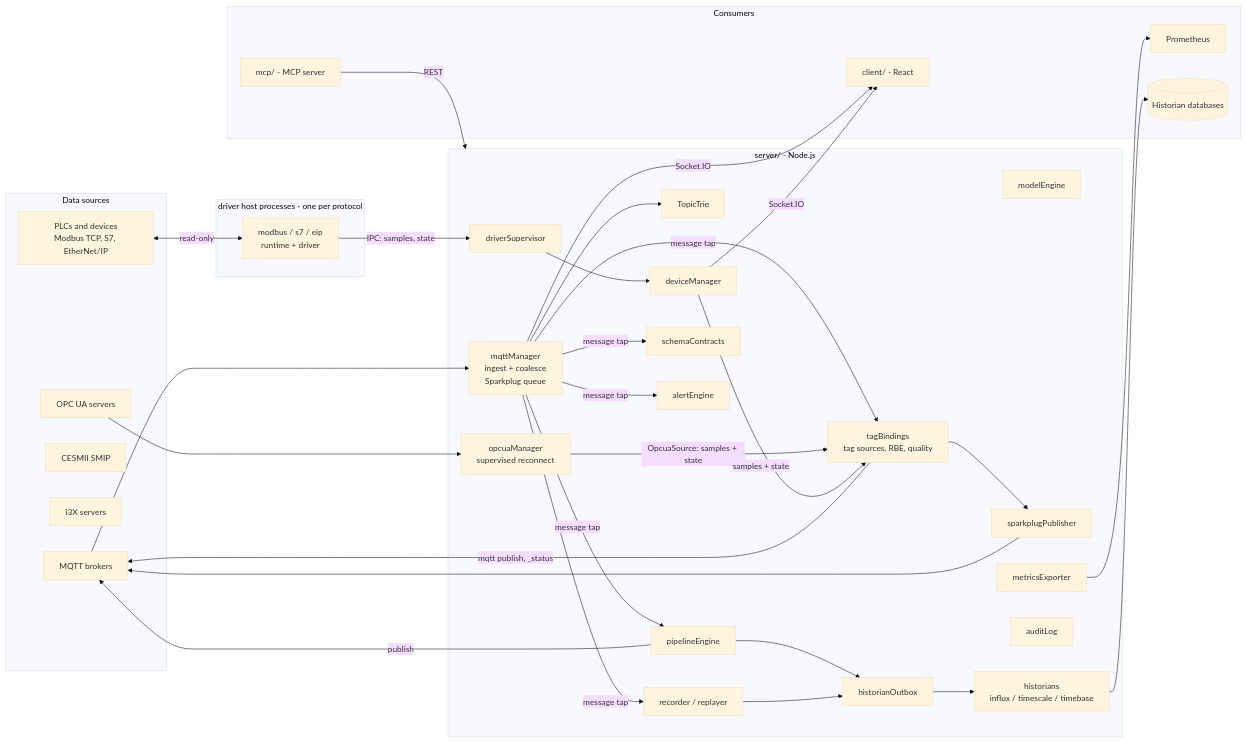
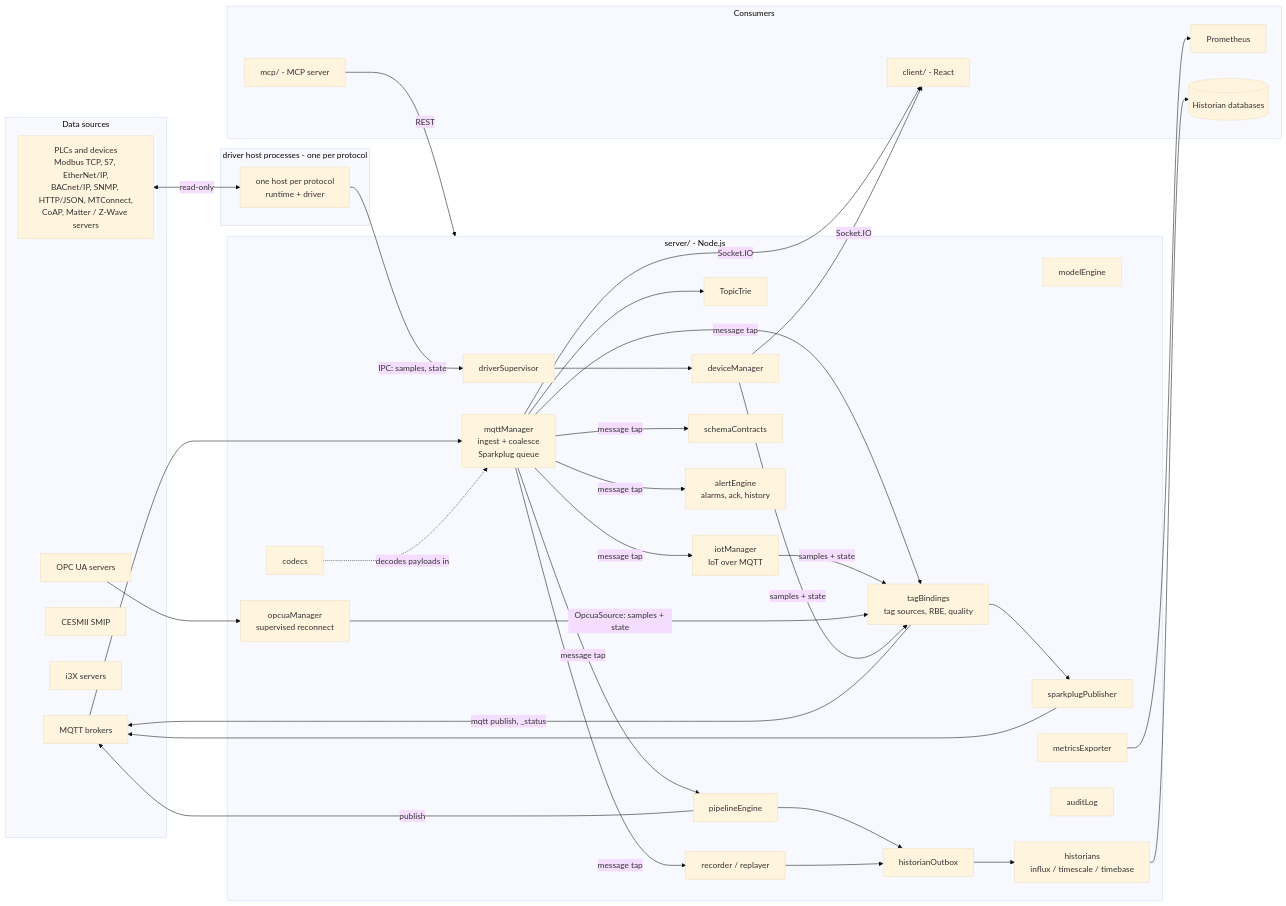
The first of 10 diagrams in ARCHITECTURE.md (zbest1000/manifold), drawn with Mermaid (base theme) before and after one commit. The commit also changed other lines of this file and 71 other files, not shown here.

````diff
--- a/ARCHITECTURE.md
+++ b/ARCHITECTURE.md
@@ -15,59 +15,63 @@
 ```mermaid
 flowchart LR
     subgraph sources [Data sources]
         B[MQTT brokers]
         O[OPC UA servers]
         C[CESMII SMIP]
         I[i3X servers]
-        PLC[PLCs and devices<br/>Modbus TCP, S7, EtherNet/IP]
+        PLC[PLCs and devices<br/>Modbus TCP, S7, EtherNet/IP,<br/>BACnet/IP, SNMP, HTTP/JSON, MTConnect,<br/>CoAP, Matter / Z-Wave servers]
     end
 
     subgraph hosts [driver host processes - one per protocol]
-        DH[modbus / s7 / eip<br/>runtime + driver]
+        DH[one host per protocol<br/>runtime + driver]
     end
 
     subgraph server [server/ - Node.js]
         M[mqttManager<br/>ingest + coalesce<br/>Sparkplug queue]
         OM[opcuaManager<br/>supervised reconnect]
         SUP[driverSupervisor]
         DM[deviceManager]
         T[TopicTrie]
         P[pipelineEngine]
         MD[modelEngine]
         R[recorder / replayer]
         SC[schemaContracts]
         TB[tagBindings<br/>tag sources, RBE, quality]
         SP[sparkplugPublisher]
         OB[historianOutbox]
         H[historians<br/>influx / timescale / timebase]
-        AL[alertEngine]
+        AL[alertEngine<br/>alarms, ack, history]
+        IOT[iotManager<br/>IoT over MQTT]
+        CD[codecs]
         AU[auditLog]
         MX[metricsExporter]
     end
 
     subgraph clients [Consumers]
         UI[client/ - React]
         MCP[mcp/ - MCP server]
         PROM[Prometheus]
         HIST[(Historian databases)]
     end
 
     B --> M
     O --> OM
     PLC <-- read-only --> DH
     DH -- IPC: samples, state --> SUP --> DM
     M --> T
-    M -- message tap --> P & R & SC & TB & AL
+    M -- message tap --> P & R & SC & TB & AL & IOT
+    CD -. decodes payloads in .-> M
+    IOT -- samples + state --> TB
     OM -- OpcuaSource: samples + state --> TB
     DM -- samples + state --> TB
     P --> OB
     R --> OB
     OB --> H --> HIST
     TB --> SP --> B
     TB -- mqtt publish, _status --> B
     P -- publish --> B
     M -- Socket.IO --> UI
     DM -- Socket.IO --> UI
     MCP -- REST --> server
     MX --> PROM
 ```
````
